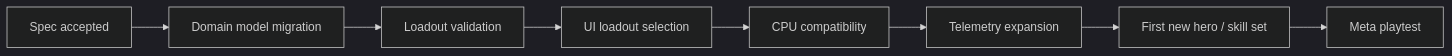
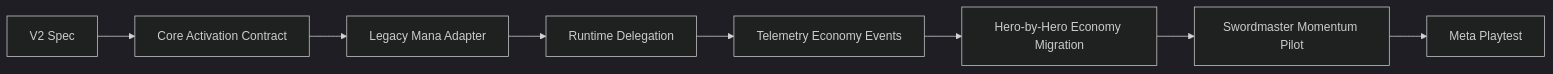
The fifth of 5 diagrams in gomoku-rpg/docs/hero-skill-system-spec.md (zeroLR/2D-game-playground), drawn with Mermaid (dark theme) before and after one commit. The commit also changed other lines of this file, not shown here.

Commit message:
docs(gomoku-rpg): evolve hero skill system to ability economies

````diff
--- a/gomoku-rpg/docs/hero-skill-system-spec.md
+++ b/gomoku-rpg/docs/hero-skill-system-spec.md
@@ -372,10 +480,10 @@
 ```mermaid
 flowchart LR
-  A[Spec accepted] --> B[Domain model migration]
-  B --> C[Loadout validation]
-  C --> D[UI loadout selection]
-  D --> E[CPU compatibility]
-  E --> F[Telemetry expansion]
-  F --> G[First new hero / skill set]
-  G --> H[Meta playtest]
+  A[V2 Spec] --> B[Core Activation Contract]
+  B --> C[Legacy Mana Adapter]
+  C --> D[Runtime Delegation]
+  D --> E[Telemetry Economy Events]
+  E --> F[Hero-by-Hero Economy Migration]
+  F --> G[Swordmaster Momentum Pilot]
+  G --> H[Meta Playtest]
 ```
````
